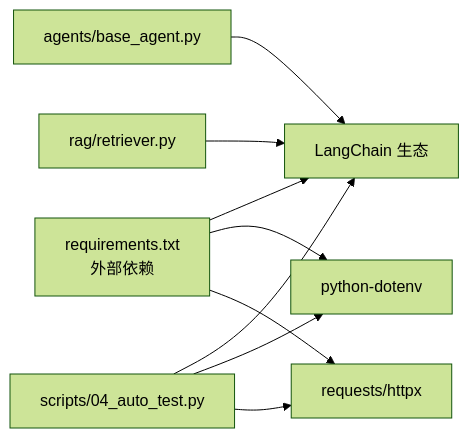
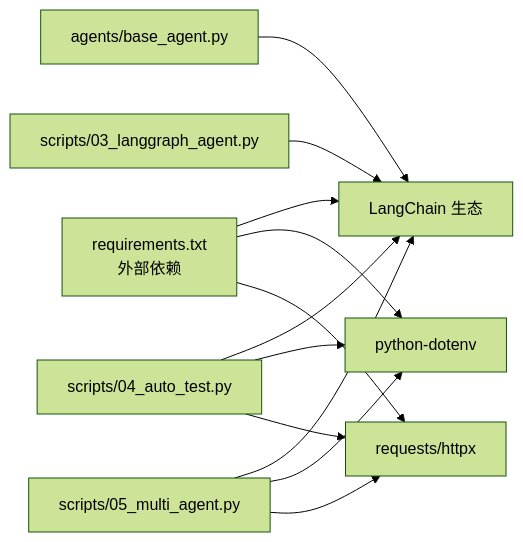
One commit to dylanleee2000/LLM-learning changed the seventh of 7 diagrams in .qoder/repowiki/zh/content/示例脚本详解/自动化测试示例.md. Above: the diagram before and after it, drawn with Mermaid (forest theme). The commit also changed other lines of this file and 1 other file, not shown here.

````diff
--- a/.qoder/repowiki/zh/content/示例脚本详解/自动化测试示例.md
+++ b/.qoder/repowiki/zh/content/示例脚本详解/自动化测试示例.md
@@ -264,11 +382,14 @@
 ```mermaid
 graph LR
 REQ["requirements.txt<br/>外部依赖"] --> LLM["LangChain 生态"]
 REQ --> ENV["python-dotenv"]
 REQ --> HTTP["requests/httpx"]
 S04["scripts/04_auto_test.py"] --> LLM
 S04 --> ENV
 S04 --> HTTP
+S05["scripts/05_multi_agent.py"] --> LLM
+S05 --> ENV
+S05 --> HTTP
 AG["agents/base_agent.py"] --> LLM
-RG["rag/retriever.py"] --> LLM
+LA["scripts/03_langgraph_agent.py"] --> LLM
 ```
````
